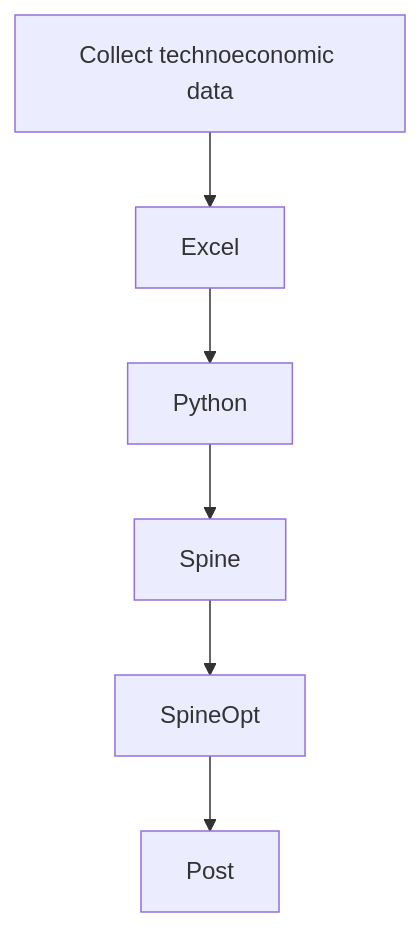
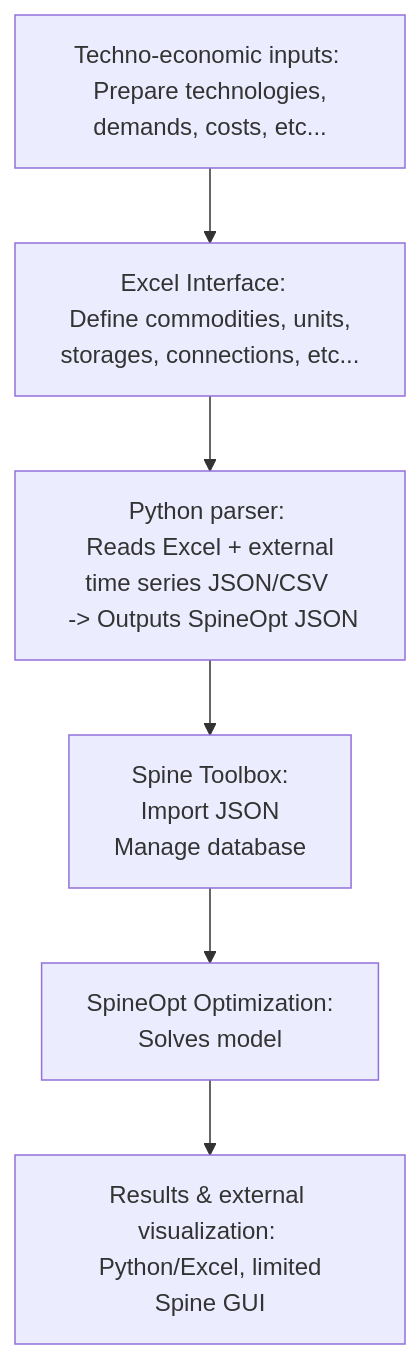
The diagram in docs/1_about.md (tbaptistal/MORPHE2US), drawn with Mermaid before and after one commit.

Commit message:
new graphs

````diff
--- a/docs/1_about.md
+++ b/docs/1_about.md
@@ -34,18 +34,10 @@
 ```{mermaid}
 flowchart TD
-
-    A[Collect technoeconomic data]
-
-    B[Excel]
-
-    C[Python]
-
-    D[Spine]
-
-    E[SpineOpt]
-
-    F[Post]
-
-    A --> B --> C --> D --> E --> F
-
+    A[Techno-economic inputs: <br> Prepare technologies, demands, costs, etc...]
+    A --> B[Excel Interface:  <br> Define commodities, units, storages, connections, etc...]
+    B --> C[Python parser: <br> Reads Excel + external time series JSON/CSV <br> -> Outputs SpineOpt JSON]
+    C --> D[Spine Toolbox: <br> Import JSON <br> Manage database]
+    D --> E[SpineOpt Optimization: <br> Solves model]
+    E --> F[Results & external visualization: <br> Python/Excel, limited Spine GUI]
+  
 ```
````
